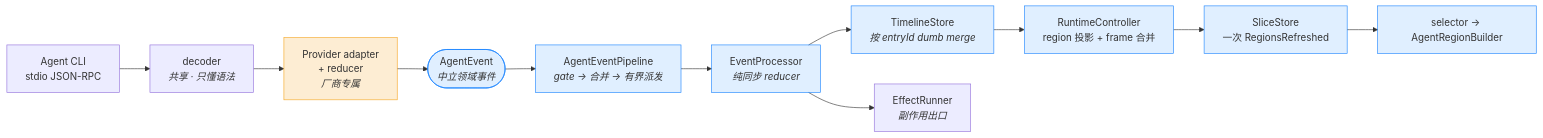
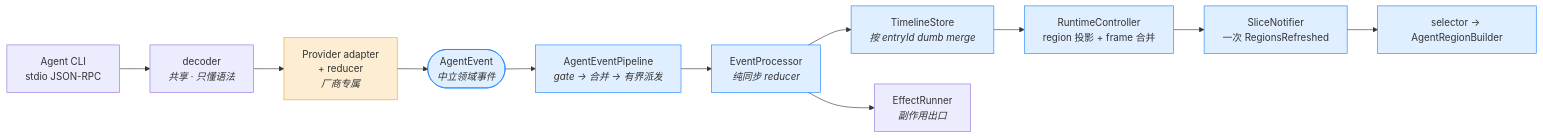
The second of 6 diagrams in docs/zh/architecture/overview.md (linpeilie/zeta), drawn with Mermaid before and after one commit. The commit also changed other lines of this file and 71 other files, not shown here.

````diff
--- a/docs/zh/architecture/overview.md
+++ b/docs/zh/architecture/overview.md
@@ -70,18 +70,18 @@
 ```mermaid
 flowchart LR
     cli["Agent CLI<br/>stdio JSON-RPC"] --> dec["decoder<br/><i>共享 · 只懂语法</i>"]
     dec --> ad["Provider adapter<br/>+ reducer<br/><i>厂商专属</i>"]
     ad --> ev(["AgentEvent<br/><i>中立领域事件</i>"])
     ev --> pipe["AgentEventPipeline<br/><i>gate → 合并 → 有界派发</i>"]
     pipe --> proc["EventProcessor<br/><i>纯同步 reducer</i>"]
     proc --> store["TimelineStore<br/><i>按 entryId dumb merge</i>"]
     proc --> eff["EffectRunner<br/><i>副作用出口</i>"]
     store --> runtime["RuntimeController<br/>region 投影 + frame 合并"]
-    runtime --> slice["SliceStore<br/>一次 RegionsRefreshed"]
+    runtime --> slice["SliceNotifier<br/>一次 RegionsRefreshed"]
     slice --> ui["selector → AgentRegionBuilder"]
 
     classDef vendor fill:#F5A62333,stroke:#F5A623
     classDef neutral fill:#1B84FF22,stroke:#1B84FF
     class ad vendor
     class ev,pipe,proc,store,runtime,slice,ui neutral
 ```
````
